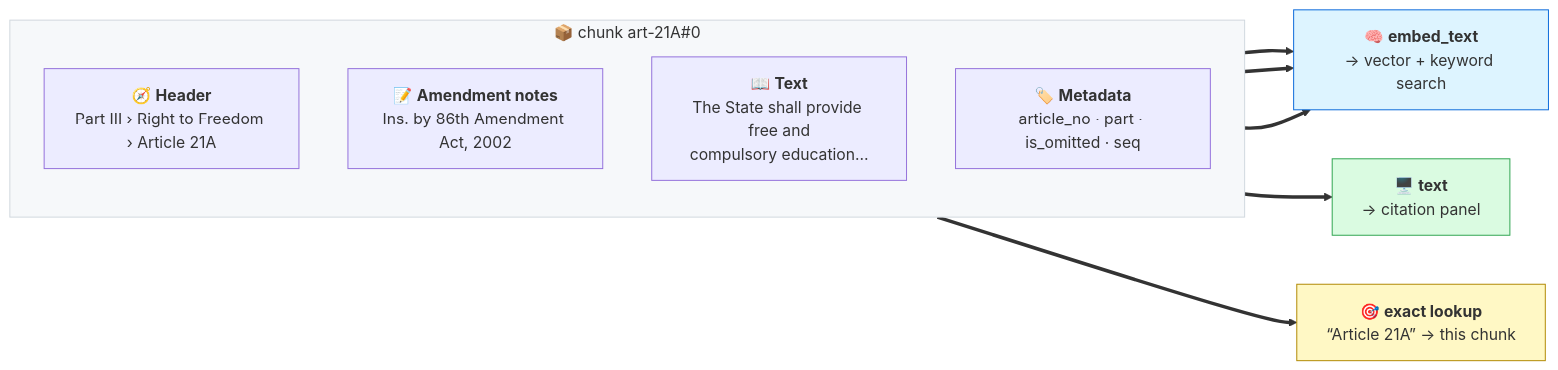
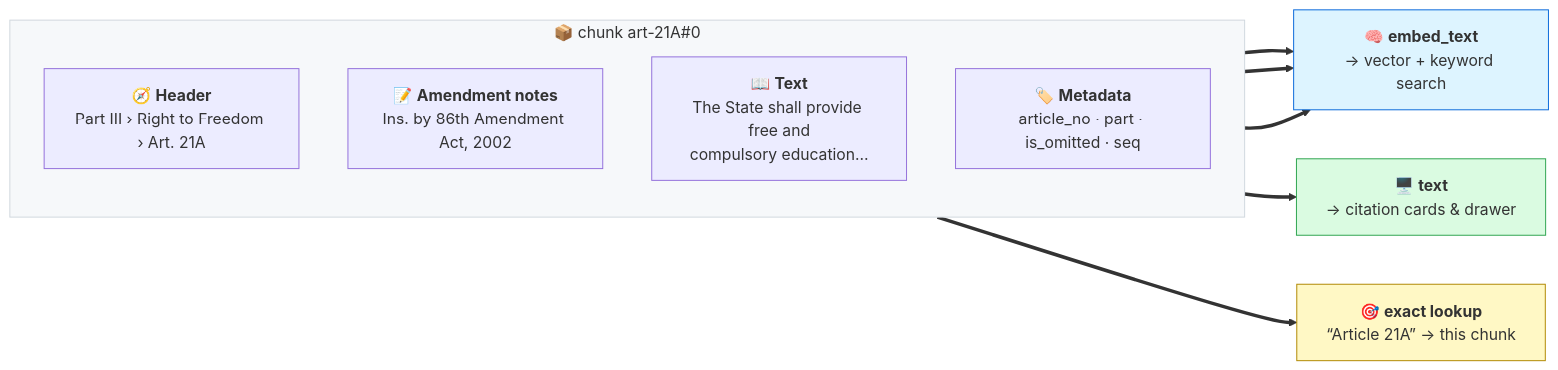
The diagram in docs/diagrams/chunk-anatomy.mmd (sshubham07/anuchhed-ai), drawn with Mermaid before and after one commit. The commit also changed 14 other files, not shown here.

First line of the commit message:
docs(readme): uniform diagram sizes and a web UI section

```diff
--- a/docs/diagrams/chunk-anatomy.mmd
+++ b/docs/diagrams/chunk-anatomy.mmd
@@ -1,15 +1,15 @@
 flowchart LR
     subgraph C ["📦 chunk art-21A#0"]
         direction TB
-        H["🧭 <b>Header</b><br/>Part III › Right to Freedom › Article 21A"]
+        H["🧭 <b>Header</b><br/>Part III › Right to Freedom › Art. 21A"]
         N["📝 <b>Amendment notes</b><br/>Ins. by 86th Amendment Act, 2002"]
         T["📖 <b>Text</b><br/>The State shall provide free and<br/>compulsory education…"]
         M["🏷️ <b>Metadata</b><br/>article_no · part · is_omitted · seq"]
     end
     H & N & T ==> E["🧠 <b>embed_text</b><br/>→ vector + keyword search"]
-    T ==> D["🖥️ <b>text</b><br/>→ citation panel"]
+    T ==> D["🖥️ <b>text</b><br/>→ citation cards & drawer"]
     M ==> L["🎯 <b>exact lookup</b><br/>“Article 21A” → this chunk"]
     style C fill:#f6f8fa,stroke:#d0d7de
     style E fill:#ddf4ff,stroke:#0969da
     style D fill:#dafbe1,stroke:#2ea44f
     style L fill:#fff8c5,stroke:#b08800
```
